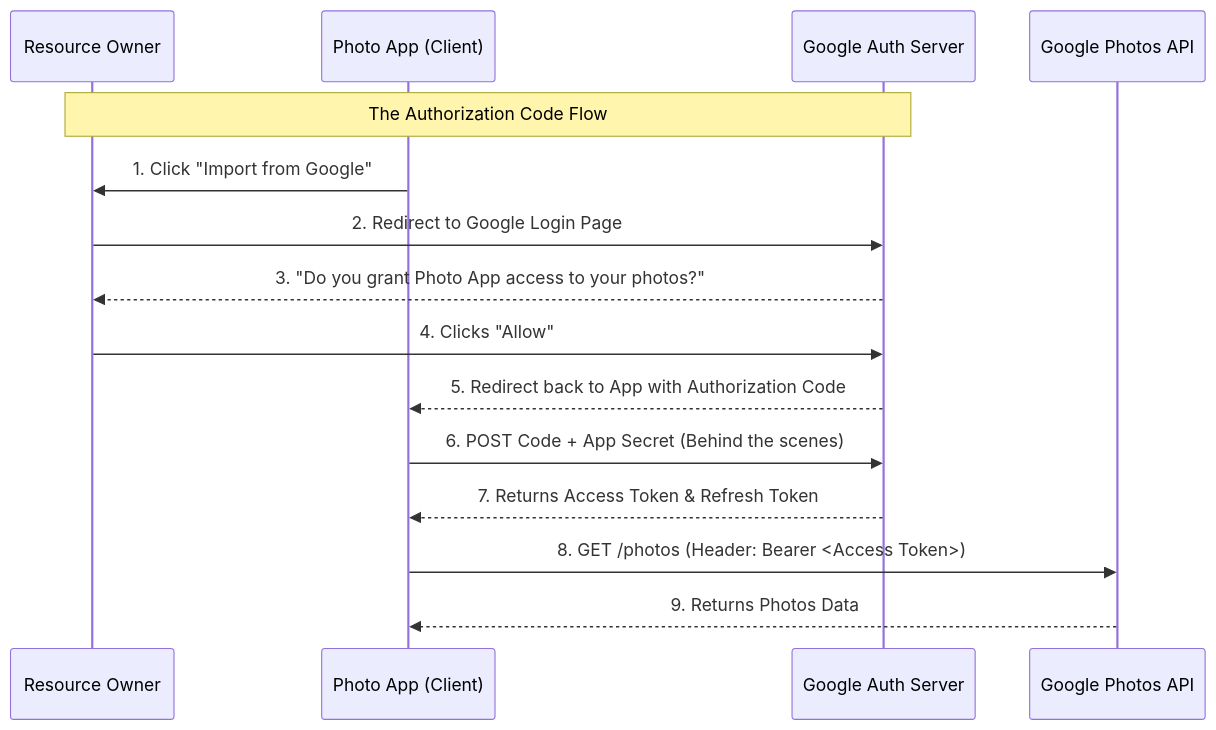
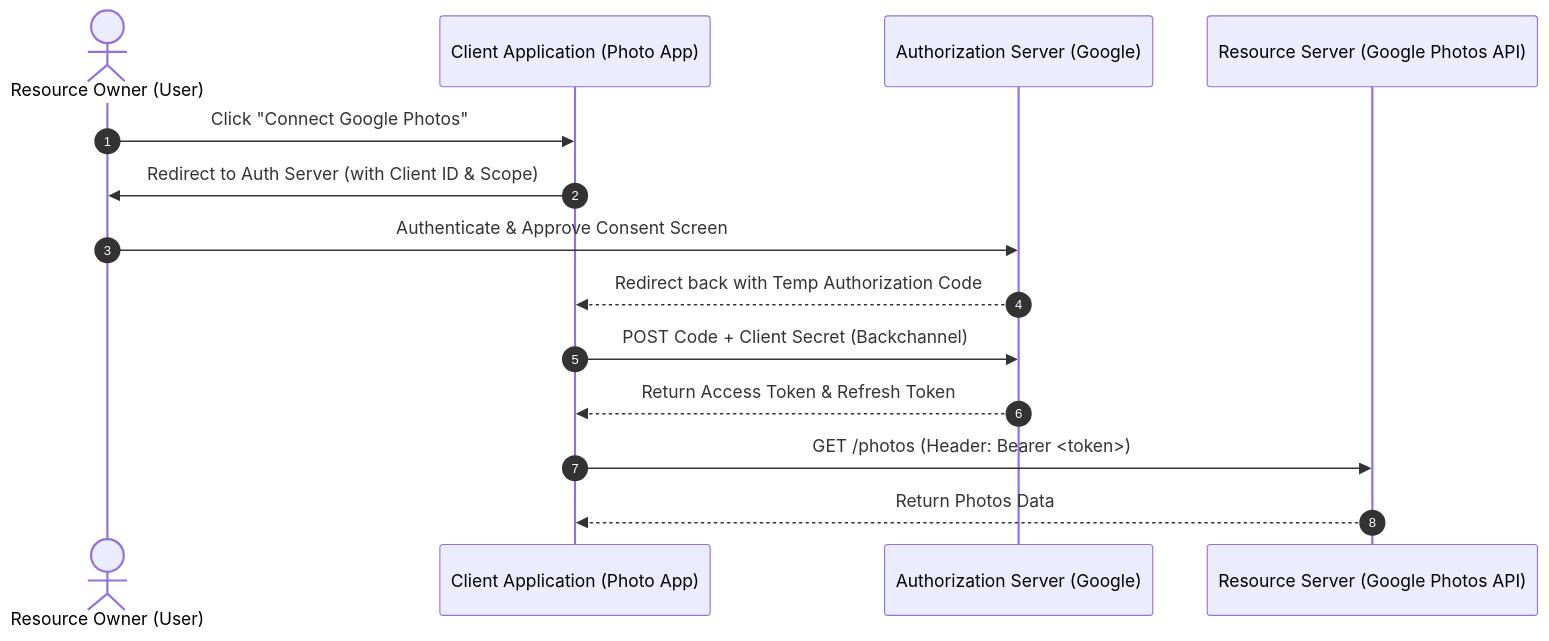
Before and after one commit to akshay-k-r/Interview-Prep-Resource: the diagram in src/pages/02-hld/security/oauth/index.mdx, drawn with Mermaid. The commit also changed other lines of this file and 179 other files, not shown here.

````diff
--- a/src/pages/02-hld/security/oauth/index.mdx
+++ b/src/pages/02-hld/security/oauth/index.mdx
@@ -29,21 +34,17 @@
 ```mermaid
 sequenceDiagram
-    participant User as Resource Owner
-    participant Client as Photo App (Client)
-    participant AuthServer as Google Auth Server
-    participant ResourceServer as Google Photos API
+    autonumber
+    actor User as Resource Owner (User)
+    participant Client as Client Application (Photo App)
+    participant AuthServer as Authorization Server (Google)
+    participant ResourceServer as Resource Server (Google Photos API)
 
-    Note over User, AuthServer: The Authorization Code Flow
-    
-    Client->>User: 1. Click "Import from Google"
-    User->>AuthServer: 2. Redirect to Google Login Page
-    AuthServer-->>User: 3. "Do you grant Photo App access to your photos?"
-    User->>AuthServer: 4. Clicks "Allow"
-    AuthServer-->>Client: 5. Redirect back to App with Authorization Code
-    
-    Client->>AuthServer: 6. POST Code + App Secret (Behind the scenes)
-    AuthServer-->>Client: 7. Returns Access Token & Refresh Token
-    
-    Client->>ResourceServer: 8. GET /photos (Header: Bearer <Access Token>)
-    ResourceServer-->>Client: 9. Returns Photos Data
+    User->>Client: Click "Connect Google Photos"
+    Client->>User: Redirect to Auth Server (with Client ID & Scope)
+    User->>AuthServer: Authenticate & Approve Consent Screen
+    AuthServer-->>Client: Redirect back with Temp Authorization Code
+    Client->>AuthServer: POST Code + Client Secret (Backchannel)
+    AuthServer-->>Client: Return Access Token & Refresh Token
+    Client->>ResourceServer: GET /photos (Header: Bearer <token>)
+    ResourceServer-->>Client: Return Photos Data
 ```
````
